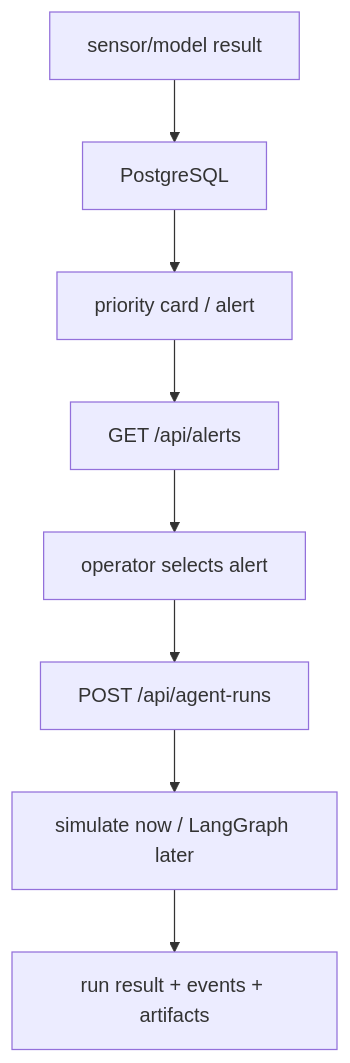
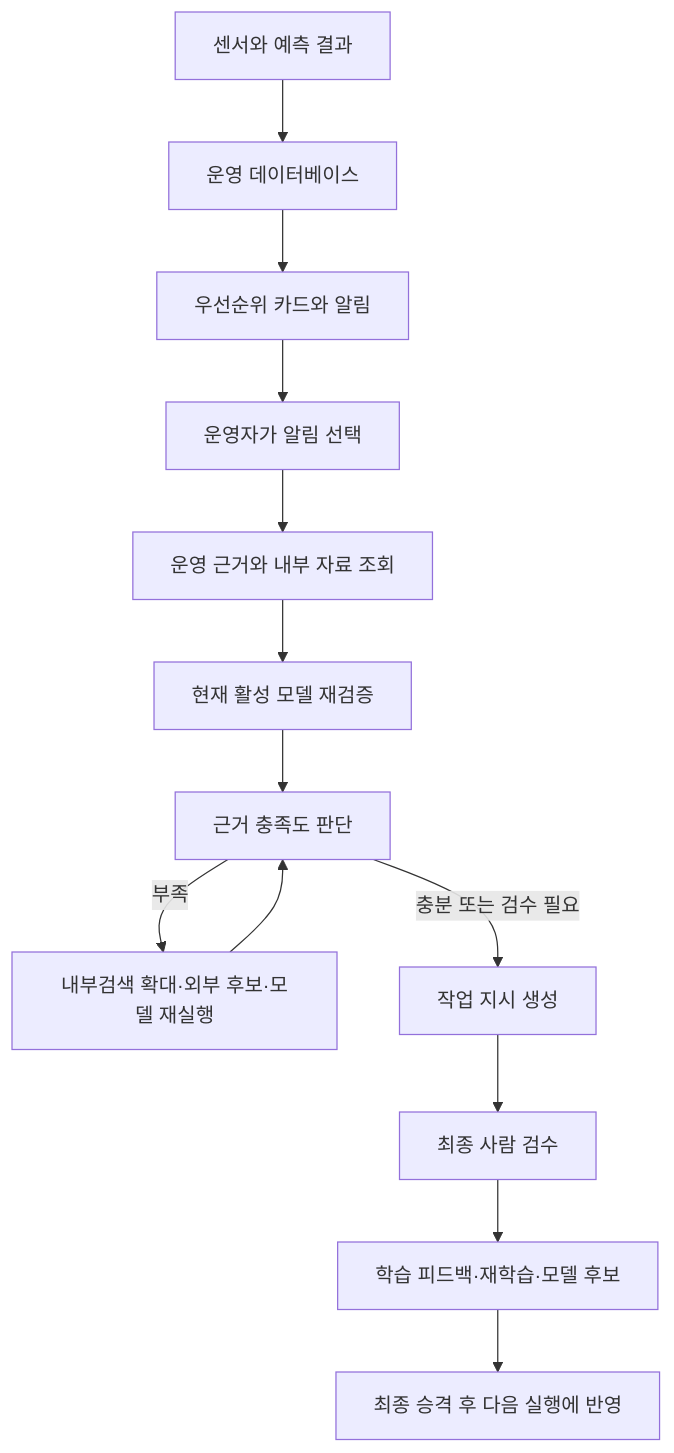
Before and after one commit to jiyang-lee/Heat_Grid_Agent: the diagram in simulator/versions/v2_postgres_react_ops/README.md, drawn with Mermaid. The commit also changed other lines of this file and 69 other files, not shown here.

````diff
--- a/simulator/versions/v2_postgres_react_ops/README.md
+++ b/simulator/versions/v2_postgres_react_ops/README.md
@@ -47,10 +59,15 @@
 ```mermaid
 flowchart TD
-  A["sensor/model result"] --> B["PostgreSQL"]
-  B --> C["priority card / alert"]
-  C --> D["GET /api/alerts"]
-  D --> E["operator selects alert"]
-  E --> F["POST /api/agent-runs"]
-  F --> G["simulate now / LangGraph later"]
-  G --> H["run result + events + artifacts"]
+  A["센서와 예측 결과"] --> B["운영 데이터베이스"]
+  B --> C["우선순위 카드와 알림"]
+  C --> D["운영자가 알림 선택"]
+  D --> E["운영 근거와 내부 자료 조회"]
+  E --> F["현재 활성 모델 재검증"]
+  F --> G["근거 충족도 판단"]
+  G -->|"부족"| H["내부검색 확대·외부 후보·모델 재실행"]
+  H --> G
+  G -->|"충분 또는 검수 필요"| I["작업 지시 생성"]
+  I --> J["최종 사람 검수"]
+  J --> K["학습 피드백·재학습·모델 후보"]
+  K --> L["최종 승격 후 다음 실행에 반영"]
 ```
````
